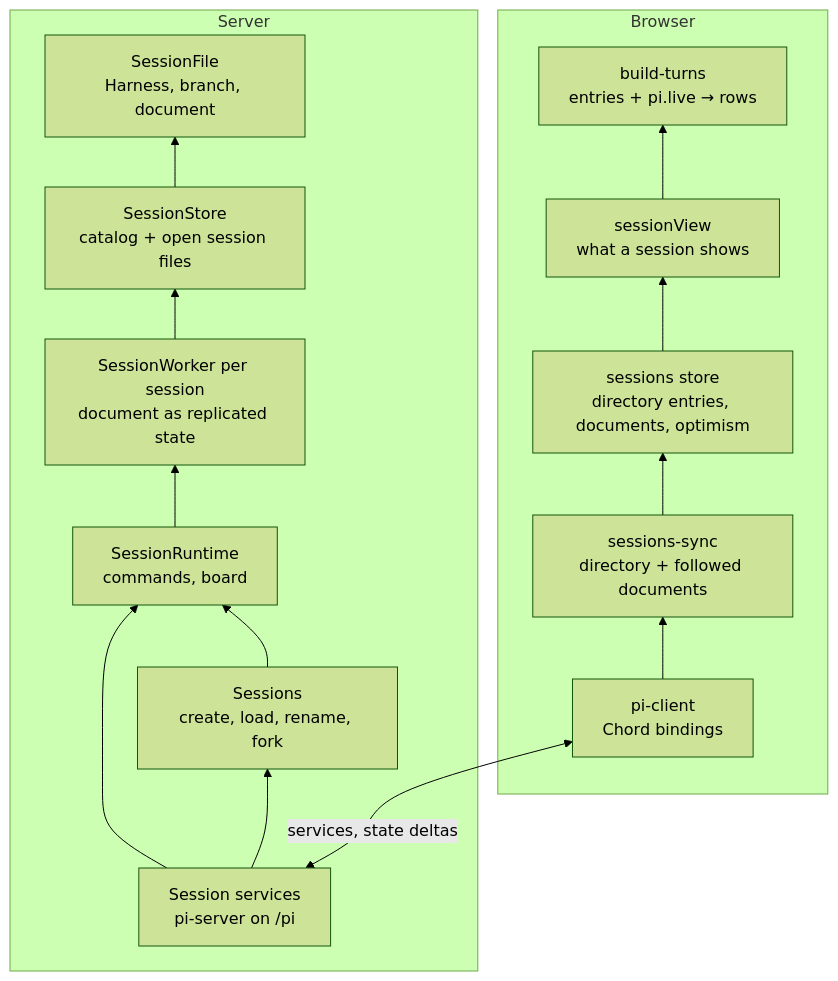
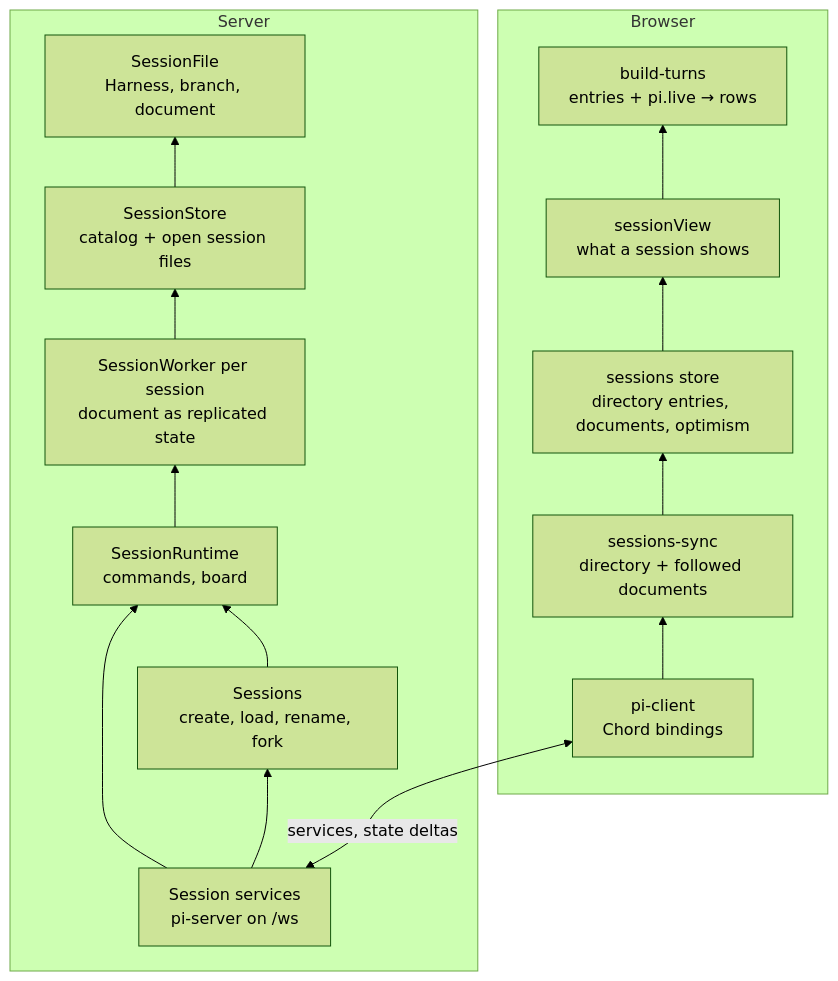
Before and after one commit to mattiacerutti/supernova: the diagram in docs/internal/session-runtime.md, drawn with Mermaid (forest theme). The commit also changed other lines of this file and 14 other files, not shown here.

````diff
--- a/docs/internal/session-runtime.md
+++ b/docs/internal/session-runtime.md
@@ -47,32 +45,32 @@
 ```mermaid
 flowchart BT
     subgraph server[Server]
-        edge["Session services<br/>pi-server on /pi"]
+        edge["Session services<br/>pi-server on /ws"]
         sessions["Sessions<br/>create, load, rename, fork"]
         runtimeService["SessionRuntime<br/>commands, board"]
         worker["SessionWorker per session<br/>document as replicated state"]
         store["SessionStore<br/>catalog + open session files"]
         file["SessionFile<br/>Harness, branch, document"]
 
         edge --> sessions
         edge --> runtimeService
         sessions --> runtimeService
         runtimeService --> worker
         worker --> store
         store --> file
     end
 
     subgraph browser[Browser]
         client["pi-client<br/>Chord bindings"]
         sync["sessions-sync<br/>directory + followed documents"]
         sessionsStore["sessions store<br/>directory entries, documents, optimism"]
         view["sessionView<br/>what a session shows"]
         timeline["build-turns<br/>entries + pi.live → rows"]
     end
 
     edge <-->|services, state deltas| client
     client --> sync
     sync --> sessionsStore
     sessionsStore --> view
     view --> timeline
 ```
````
